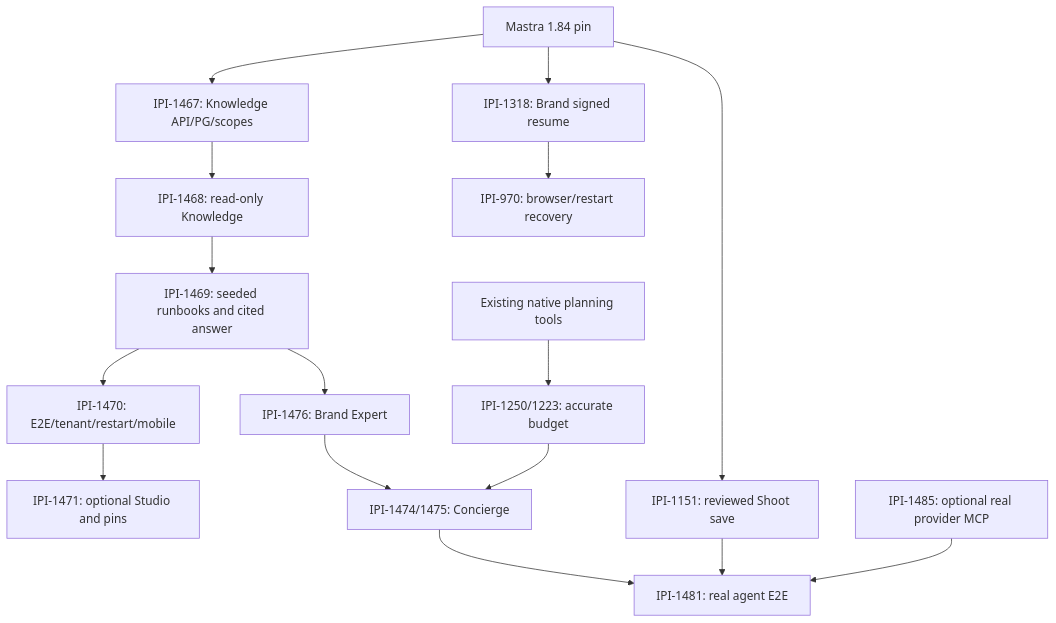
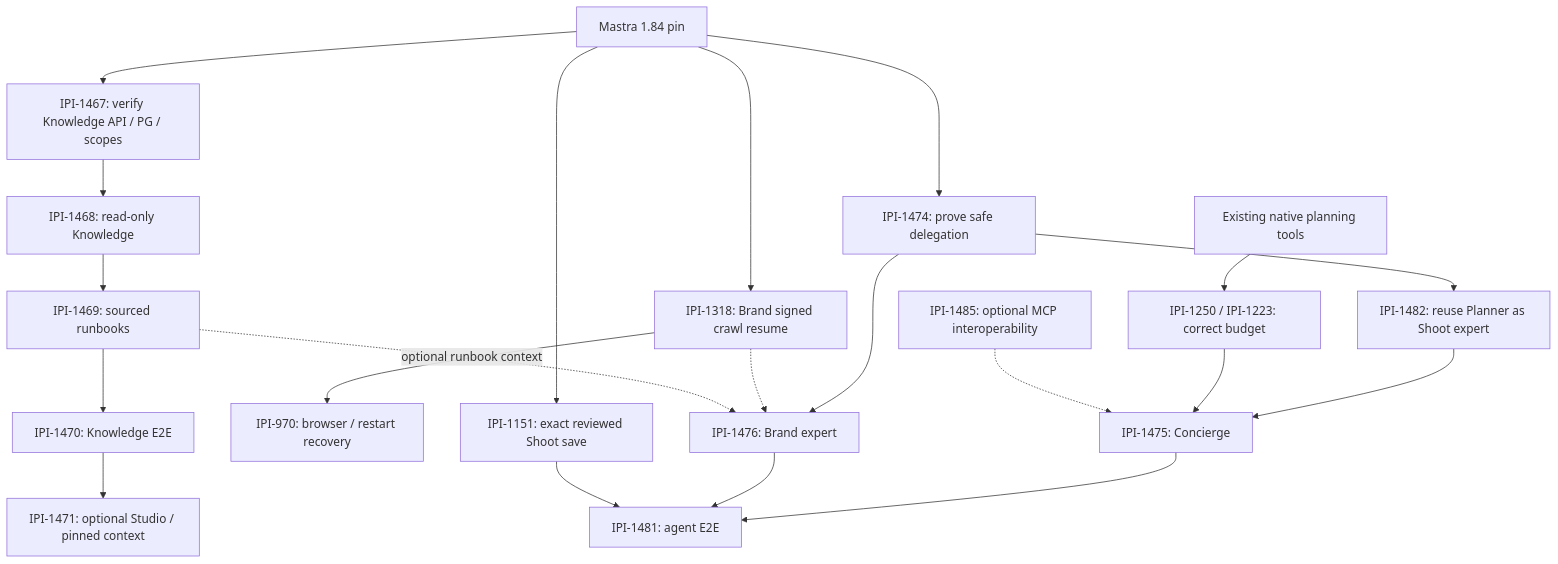
One commit to amoai-tech/ipixai changed the diagram in docs/copilotkit-mastra/00-ai-platform-progress-tracker.md. Above: the diagram before and after it, drawn with Mermaid. The commit also changed other lines of this file, not shown here.

Commit message:
docs(tracker): align current Linear dependencies and keep Knowledge/MCP optional

````diff
--- a/docs/copilotkit-mastra/00-ai-platform-progress-tracker.md
+++ b/docs/copilotkit-mastra/00-ai-platform-progress-tracker.md
@@ -73,18 +76,23 @@
 ```mermaid
 flowchart TD
- A["Mastra 1.84 pin"] --> K1["IPI-1467: Knowledge API/PG/scopes"]
- K1 --> K2["IPI-1468: read-only Knowledge"]
- K2 --> K3["IPI-1469: seeded runbooks and cited answer"]
- K3 --> K4["IPI-1470: E2E/tenant/restart/mobile"]
- K4 --> K5["IPI-1471: optional Studio and pins"]
- A --> B["IPI-1318: Brand signed resume"]
- B --> B2["IPI-970: browser/restart recovery"]
- A --> S["IPI-1151: reviewed Shoot save"]
- T["Existing native planning tools"] --> C["IPI-1250/1223: accurate budget"]
- K3 --> D["IPI-1476: Brand Expert"]
- D --> E["IPI-1474/1475: Concierge"]
- C --> E
- S --> F["IPI-1481: real agent E2E"]
- E --> F
- M["IPI-1485: optional real provider MCP"] --> F
+  A["Mastra 1.84 pin"] --> K1["IPI-1467: verify Knowledge API / PG / scopes"]
+  K1 --> K2["IPI-1468: read-only Knowledge"]
+  K2 --> K3["IPI-1469: sourced runbooks"]
+  K3 --> K4["IPI-1470: Knowledge E2E"]
+  K4 --> K5["IPI-1471: optional Studio / pinned context"]
+  A --> B["IPI-1318: Brand signed crawl resume"]
+  B --> B2["IPI-970: browser / restart recovery"]
+  A --> S["IPI-1151: exact reviewed Shoot save"]
+  T["Existing native planning tools"] --> C["IPI-1250 / IPI-1223: correct budget"]
+  A --> G["IPI-1474: prove safe delegation"]
+  G --> P["IPI-1482: reuse Planner as Shoot expert"]
+  P --> E["IPI-1475: Concierge"]
+  G --> D["IPI-1476: Brand expert"]
+  B -.-> D
+  K3 -.->|"optional runbook context"| D
+  C --> E
+  E --> F["IPI-1481: agent E2E"]
+  D --> F
+  S --> F
+  M["IPI-1485: optional MCP interoperability"] -.-> E
 ```
````
